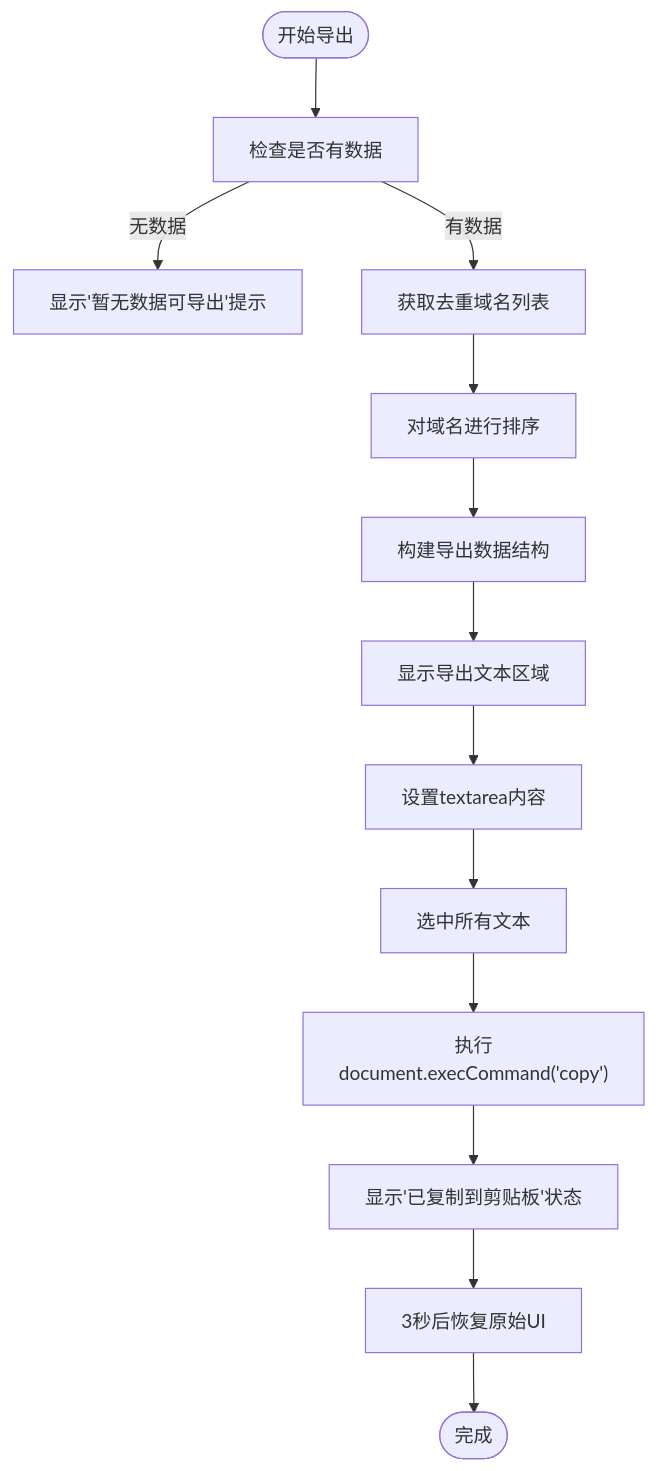
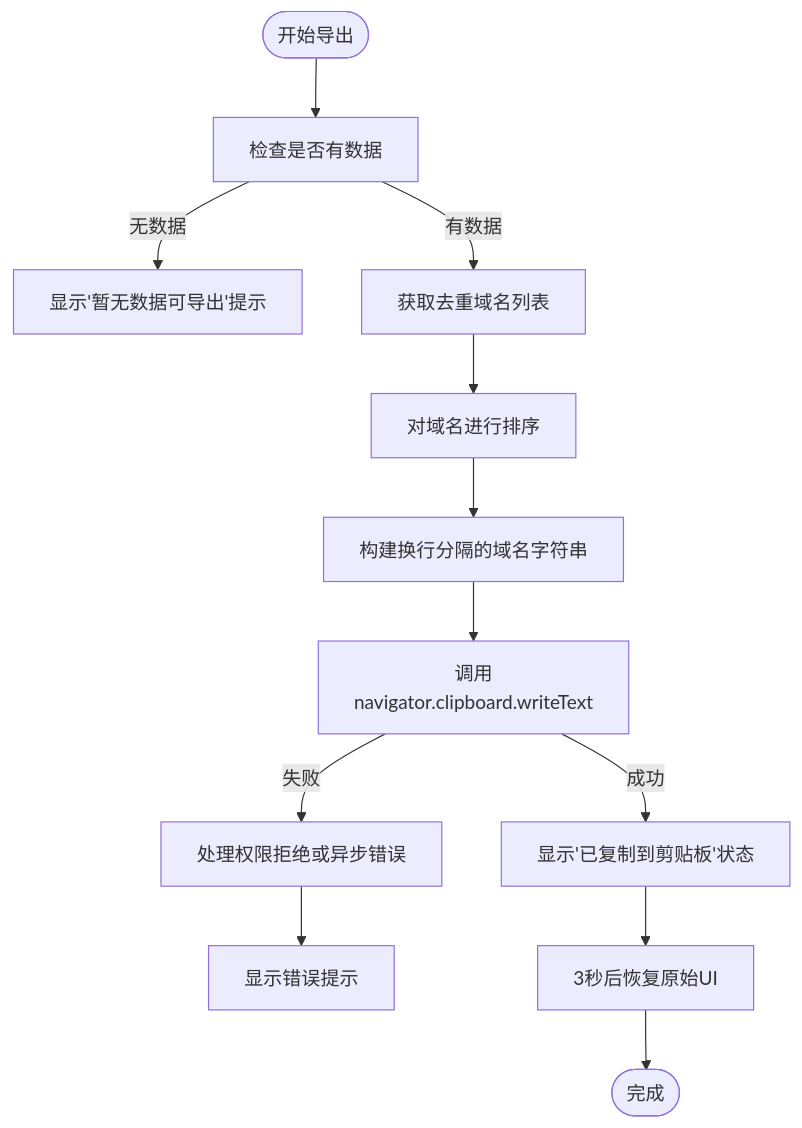
The third of 6 diagrams in .qoder/repowiki/zh/content/数据导出功能.md (channely/netscope), drawn with Mermaid before and after one commit. The commit also changed other lines of this file and 4 other files, not shown here.

````diff
--- a/.qoder/repowiki/zh/content/数据导出功能.md
+++ b/.qoder/repowiki/zh/content/数据导出功能.md
@@ -98,15 +102,14 @@
 ```mermaid
 flowchart TD
 Start([开始导出]) --> CheckData["检查是否有数据"]
 CheckData --> |无数据| ShowAlert["显示'暂无数据可导出'提示"]
 CheckData --> |有数据| GetDomains["获取去重域名列表"]
 GetDomains --> SortDomains["对域名进行排序"]
-SortDomains --> BuildData["构建导出数据结构"]
-BuildData --> ShowExportArea["显示导出文本区域"]
-ShowExportArea --> SetContent["设置textarea内容"]
-SetContent --> SelectText["选中所有文本"]
-SelectText --> ExecuteCopy["执行document.execCommand('copy')"]
-ExecuteCopy --> ShowSuccess["显示'已复制到剪贴板'状态"]
+SortDomains --> BuildData["构建换行分隔的域名字符串"]
+BuildData --> WriteToClipboard["调用navigator.clipboard.writeText"]
+WriteToClipboard --> |成功| ShowSuccess["显示'已复制到剪贴板'状态"]
+WriteToClipboard --> |失败| HandleError["处理权限拒绝或异步错误"]
+HandleError --> ShowError["显示错误提示"]
 ShowSuccess --> RestoreUI["3秒后恢复原始UI"]
 RestoreUI --> End([完成])
 ```
````
